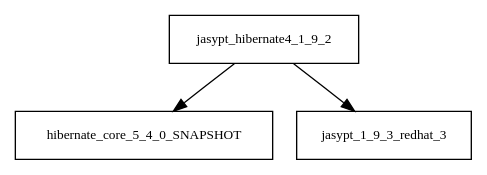
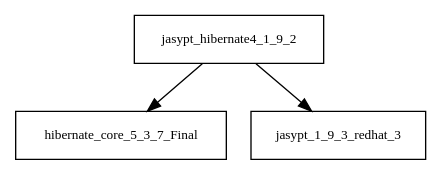
One commit to Hack23/cia changed the diagram in tattleTaleReport/graphviz/jasypt-hibernate4-1.9.2.jar/jasypt-hibernate4-1.9.2.jar.dot. Above: the diagram before and after it, drawn with Graphviz. The commit also changed 2494 other files, not shown here.

```diff
--- a/tattleTaleReport/graphviz/jasypt-hibernate4-1.9.2.jar/jasypt-hibernate4-1.9.2.jar.dot
+++ b/tattleTaleReport/graphviz/jasypt-hibernate4-1.9.2.jar/jasypt-hibernate4-1.9.2.jar.dot
@@ -1,5 +1,5 @@
 digraph jasypt_hibernate4_1_9_2_dependencies {
   node [shape = box, fontsize=10.0];
-  jasypt_hibernate4_1_9_2 -> hibernate_core_5_4_0_SNAPSHOT;
+  jasypt_hibernate4_1_9_2 -> hibernate_core_5_3_7_Final;
   jasypt_hibernate4_1_9_2 -> jasypt_1_9_3_redhat_3;
 }
```
